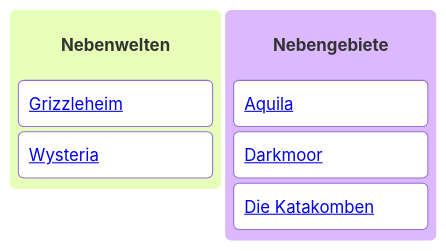
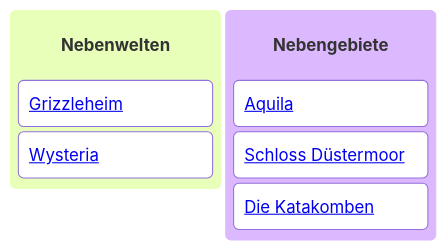
The second of 2 diagrams in content/index.md (Wizziii/ravenpedia-wiki), drawn with Mermaid before and after one commit. The commit also changed other lines of this file and 210 other files, not shown here.

````diff
--- a/content/index.md
+++ b/content/index.md
@@ -62,10 +69,10 @@
 ```mermaid
 kanban
 <h4>Nebenwelten</h4>
 	<a href="https://ravenpedia.xyz/Welten/Grizzleheim">Grizzleheim</a>
     <a href="https://ravenpedia.xyz/Welten/Wysteria">Wysteria</a>
 <h4>Nebengebiete</h4>
 	<a href="https://ravenpedia.xyz/Welten/Wizard-City/Zyklopenweg/Aquila">Aquila</a>
-	<a href="https://ravenpedia.xyz/Welten/Wizard-City/Schattenbruch/Darkmoor">Darkmoor</a>
+	<a href="https://ravenpedia.xyz/Welten/Wizard-City/Schattenbruch/Schloss-Düstermoor">Schloss Düstermoor</a>
 	<a href="https://ravenpedia.xyz/Welten/Wizard-City/Golemturm/Die-Katakomben">Die Katakomben</a>
 ```
````
